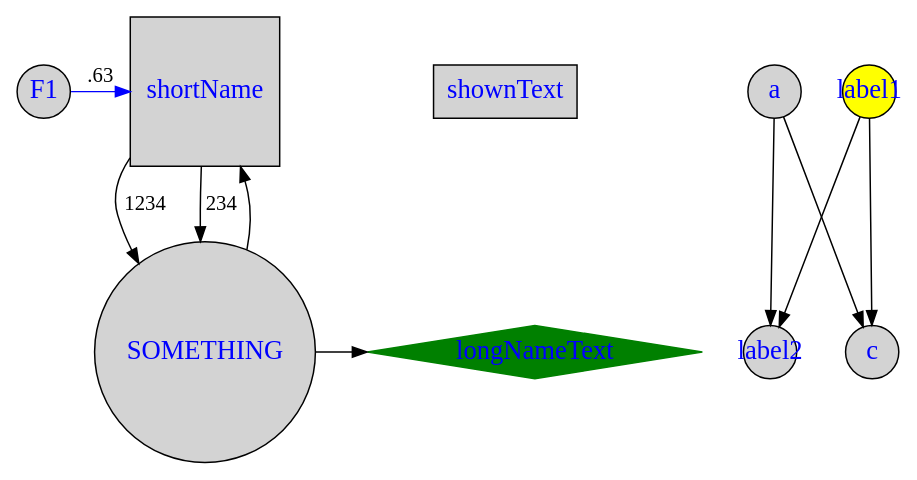
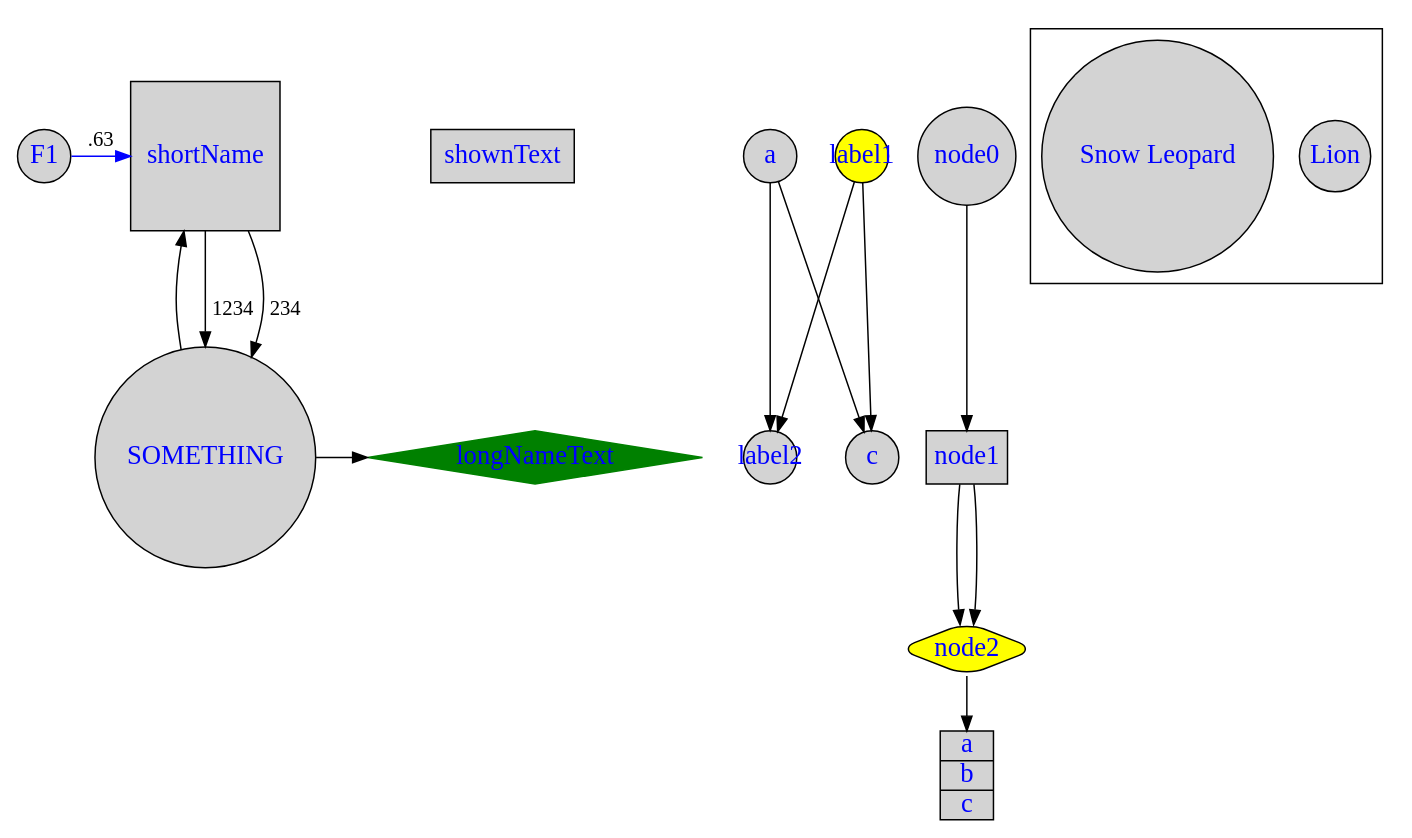
One commit to tp2124/graph-viz-explore changed the diagram in manual.dot. Above: the diagram before and after it, drawn with Graphviz.

Commit message:
Adding more examples from documentation.

```diff
--- a/manual.dot
+++ b/manual.dot
@@ -1,27 +1,48 @@
 digraph G {
     // splines="FALSE";
 
     /* Entities */
     // General styling
     node [margin=0 fontcolor=blue fontsize=18 width=0.5 shape=circle style=filled]
     // Data
     shortName [label="shortName", shape="square"]
     longName [label="longNameText", shape="diamond", color="green"]
     dopeName [label="shownText", shape="polygon"]
     b [fillcolor=yellow fixedsize=true label="label1"]
     d [fixedsize=shape label="label2"]
+
+    // This property changes the default orientation of how the edges flow
+    // rankdir=LR
+    // node [shape=box, color=blue]
+    node1 [style=filled] 
+    node2 [style=filled, fillcolor=red] 
+    node0 -> node1 -> node2
+
+    node1 [shape=box]
+    node2 [fillcolor=yellow, style="rounded,filled", shape=diamond]
+    node3 [shape=record, label="{ a | b | c }"]
+
+    node1 -> node2 -> node3
     
     /* Relationships */
     F1 -> shortName[label=".63" color="blue"]
     SOMETHING -> longName
     SOMETHING -> shortName[arrow="crow"]
     shortName -> SOMETHING[label="1234"]
     shortName -> SOMETHING[label="234"]
 
     a -> {c d}
     b -> {c d}
 
     /* Ranks */
     { rank=same; shortName; F1;};
     { rank=same; longName; SOMETHING;};
+
+
+    subgraph cluster_big {
+      graph [class="big_cats"];
+  
+      "Lion" [class="yellow social"];
+      "Snow Leopard" [class="white solitary"];
+    };
 }
```
